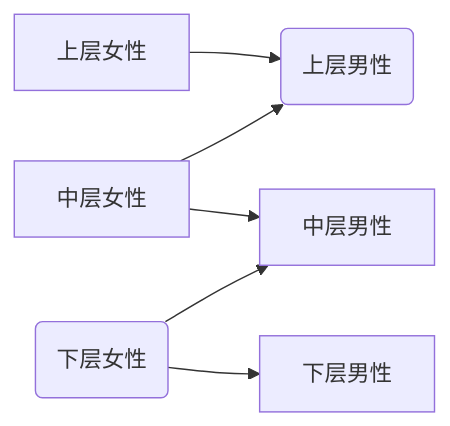
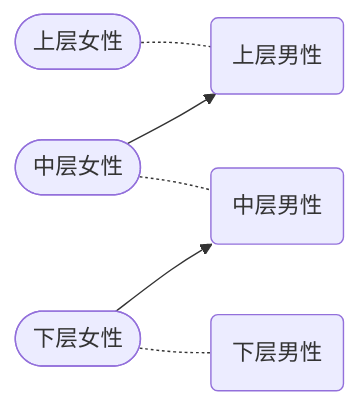
Before and after one commit to Graysonnwu/EggrollDatabase: the first of 2 diagrams in docs/1-100期/25.md, drawn with Mermaid. The commit also changed other lines of this file and 21 other files, not shown here.

````diff
--- a/docs/1-100期/25.md
+++ b/docs/1-100期/25.md
@@ -48,8 +48,8 @@
 ```mermaid
 graph LR
-    A[上层女性] --> B(上层男性)
-    C[中层女性] --> B(上层男性)
-    C[中层女性] --> E(中层男性)
-    F(下层女性) --> E[中层男性]
-    F(下层女性) --> G[下层男性]
+    W1([上层女性]) -.- M1(上层男性)
+    W2([中层女性]) --> M1(上层男性)
+    W2([中层女性]) -.- M2(中层男性)
+    W3([下层女性]) --> M2(中层男性)
+    W3([下层女性]) -.- M3(下层男性)
 ```
````
